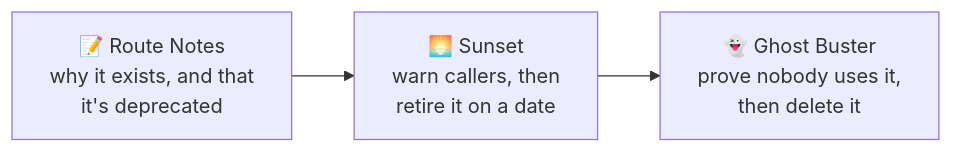
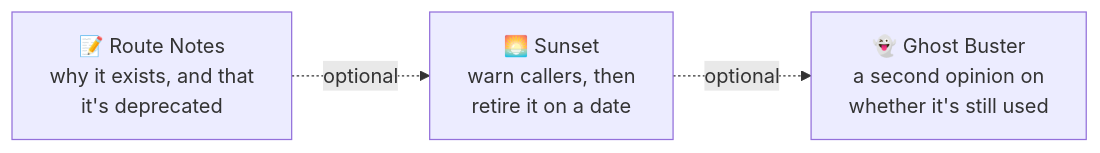
Before and after one commit to Jarryd-W-Hoffman/sunset: the third of 3 diagrams in README.md, drawn with Mermaid. The commit also changed other lines of this file, not shown here.

Commit message:
Make Sunset's independence from Route Notes and Ghost Buster explicit

````diff
--- a/README.md
+++ b/README.md
@@ -191,5 +193,5 @@
 ```mermaid
 flowchart LR
-    Notes["📝 Route Notes<br/>why it exists, and that<br/>it's deprecated"] --> Sunset["🌅 Sunset<br/>warn callers, then<br/>retire it on a date"]
-    Sunset --> Ghost["👻 Ghost Buster<br/>prove nobody uses it,<br/>then delete it"]
+    Notes["📝 Route Notes<br/>why it exists, and that<br/>it's deprecated"] -.->|optional| Sunset["🌅 Sunset<br/>warn callers, then<br/>retire it on a date"]
+    Sunset -.->|optional| Ghost["👻 Ghost Buster<br/>a second opinion on<br/>whether it's still used"]
 ```
````
